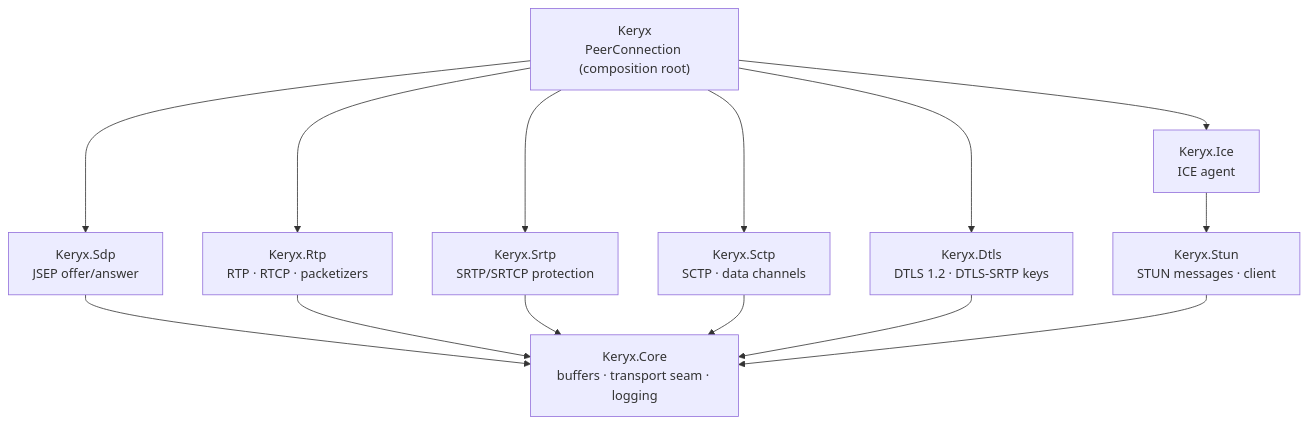
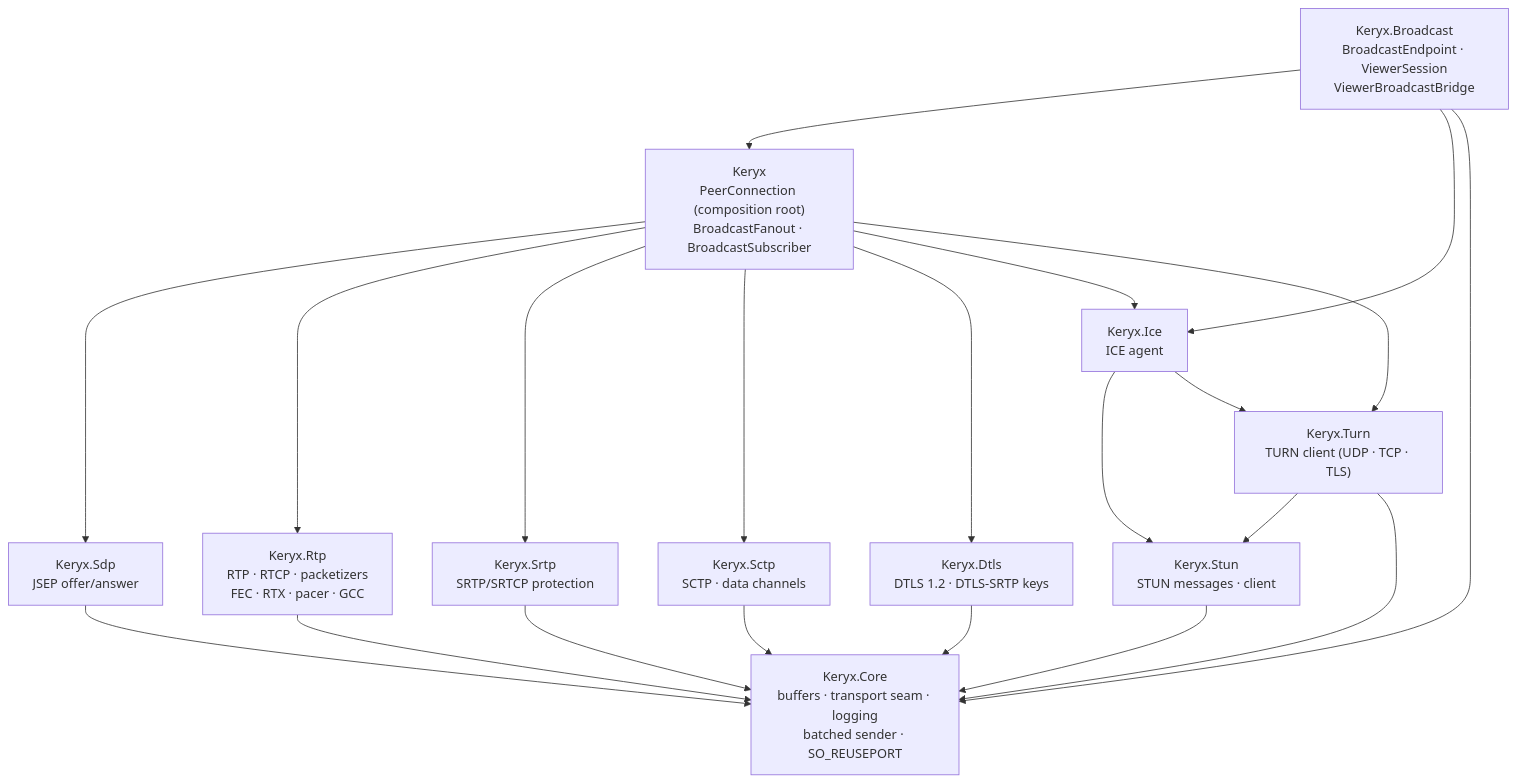
The first of 3 diagrams in docs/architecture.md (Proxeno/keryx), drawn with Mermaid before and after one commit. The commit also changed other lines of this file and 10 other files, not shown here.

First line of the commit message:
Refresh architecture and docs for the 0.7.0 work

````diff
--- a/docs/architecture.md
+++ b/docs/architecture.md
@@ -7,26 +7,35 @@
 ```mermaid
 graph TD
-    PC["Keryx<br/>PeerConnection (composition root)"]
+    PC["Keryx<br/>PeerConnection (composition root)<br/>BroadcastFanout · BroadcastSubscriber"]
+    BCAST["Keryx.Broadcast<br/>BroadcastEndpoint · ViewerSession<br/>ViewerBroadcastBridge"]
     SDP["Keryx.Sdp<br/>JSEP offer/answer"]
-    RTP["Keryx.Rtp<br/>RTP · RTCP · packetizers"]
+    RTP["Keryx.Rtp<br/>RTP · RTCP · packetizers<br/>FEC · RTX · pacer · GCC"]
     SRTP["Keryx.Srtp<br/>SRTP/SRTCP protection"]
     SCTP["Keryx.Sctp<br/>SCTP · data channels"]
     DTLS["Keryx.Dtls<br/>DTLS 1.2 · DTLS-SRTP keys"]
     ICE["Keryx.Ice<br/>ICE agent"]
+    TURN["Keryx.Turn<br/>TURN client (UDP · TCP · TLS)"]
     STUN["Keryx.Stun<br/>STUN messages · client"]
-    CORE["Keryx.Core<br/>buffers · transport seam · logging"]
+    CORE["Keryx.Core<br/>buffers · transport seam · logging<br/>batched sender · SO_REUSEPORT"]
 
+    BCAST --> PC
+    BCAST --> ICE
     PC --> SDP
     PC --> RTP
     PC --> SRTP
     PC --> SCTP
     PC --> DTLS
     PC --> ICE
+    PC --> TURN
     ICE --> STUN
+    ICE --> TURN
+    TURN --> STUN
     SDP --> CORE
     RTP --> CORE
     SRTP --> CORE
     SCTP --> CORE
     DTLS --> CORE
     STUN --> CORE
+    TURN --> CORE
+    BCAST --> CORE
 ```
````
